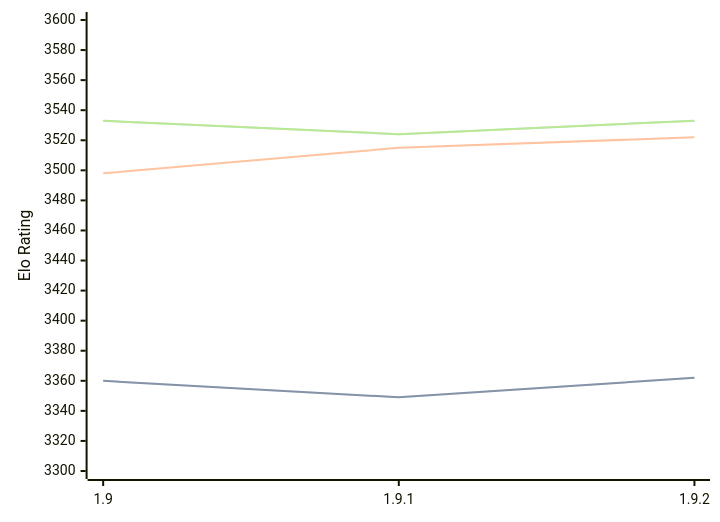
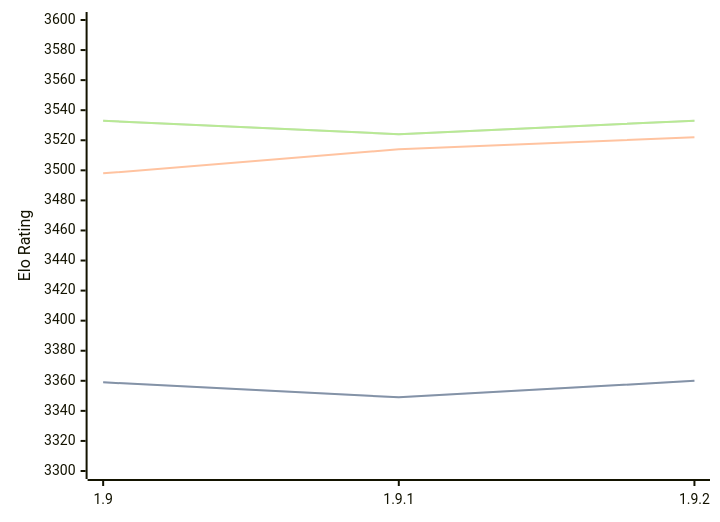
One commit to computer-chess-index/cci changed the first of 3 diagrams in engines/Pawnocchio.md. Above: the diagram before and after it, drawn with Mermaid. The commit also changed other lines of this file, not shown here.

````diff
--- a/engines/Pawnocchio.md
+++ b/engines/Pawnocchio.md
@@ -48,11 +48,11 @@
 ```mermaid
 %%{init: {"theme":"base","themeVariables":{"seriesColors:['#a3a3a3','#222221','#faa371']}}}%%
 xychart-beta
   x-axis ["1.9", "1.9.1", "1.9.2"]
   y-axis "Elo Rating" 3300 --> 3600
-  line "STC (8.0+0.08s)" [3360, 3349, 3362]
-  line "STC (8.0+0.08s)" [3360, 3349, 3362]
-  line "LTC (60.0+0.60s)" [3498, 3515, 3522]
+  line "STC (8.0+0.08s)" [3359, 3349, 3360]
+  line "STC (8.0+0.08s)" [3359, 3349, 3360]
+  line "LTC (60.0+0.60s)" [3498, 3514, 3522]
   line "VLTC (2m24s+1.12s)" [3533, 3524, 3533]
   line "VLTC (2m24s+1.12s)" [3533, 3524, 3533]
 ```
````
